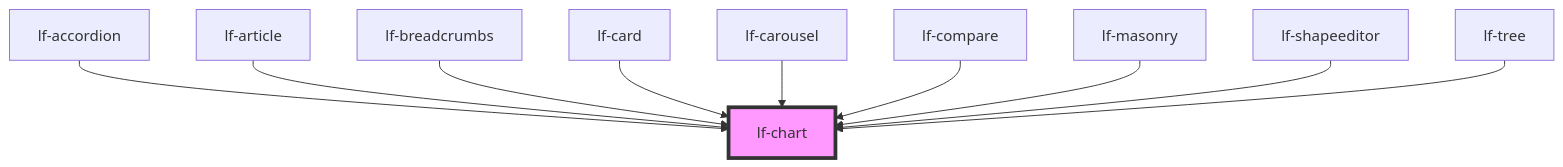
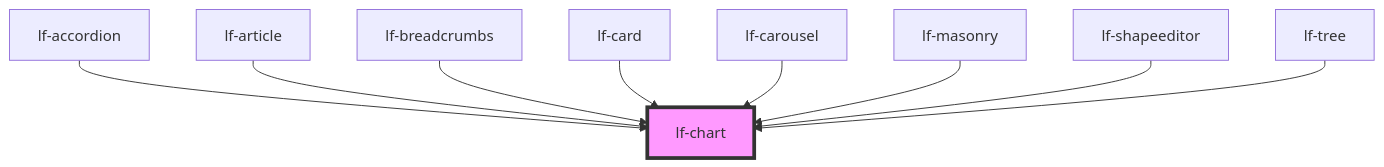
The diagram in packages/core/src/components/lf-chart/readme.md (lucafoscili/lf-widgets), drawn with Mermaid before and after one commit. The commit also changed other lines of this file and 191 other files, not shown here.

First line of the commit message:
chore: Refactor to functional component architecture for UI

````diff
--- a/packages/core/src/components/lf-chart/readme.md
+++ b/packages/core/src/components/lf-chart/readme.md
@@ -126,13 +126,12 @@
 ```mermaid
 graph TD;
   lf-accordion --> lf-chart
   lf-article --> lf-chart
   lf-breadcrumbs --> lf-chart
   lf-card --> lf-chart
   lf-carousel --> lf-chart
-  lf-compare --> lf-chart
   lf-masonry --> lf-chart
   lf-shapeeditor --> lf-chart
   lf-tree --> lf-chart
   style lf-chart fill:#f9f,stroke:#333,stroke-width:4px
 ```
````
